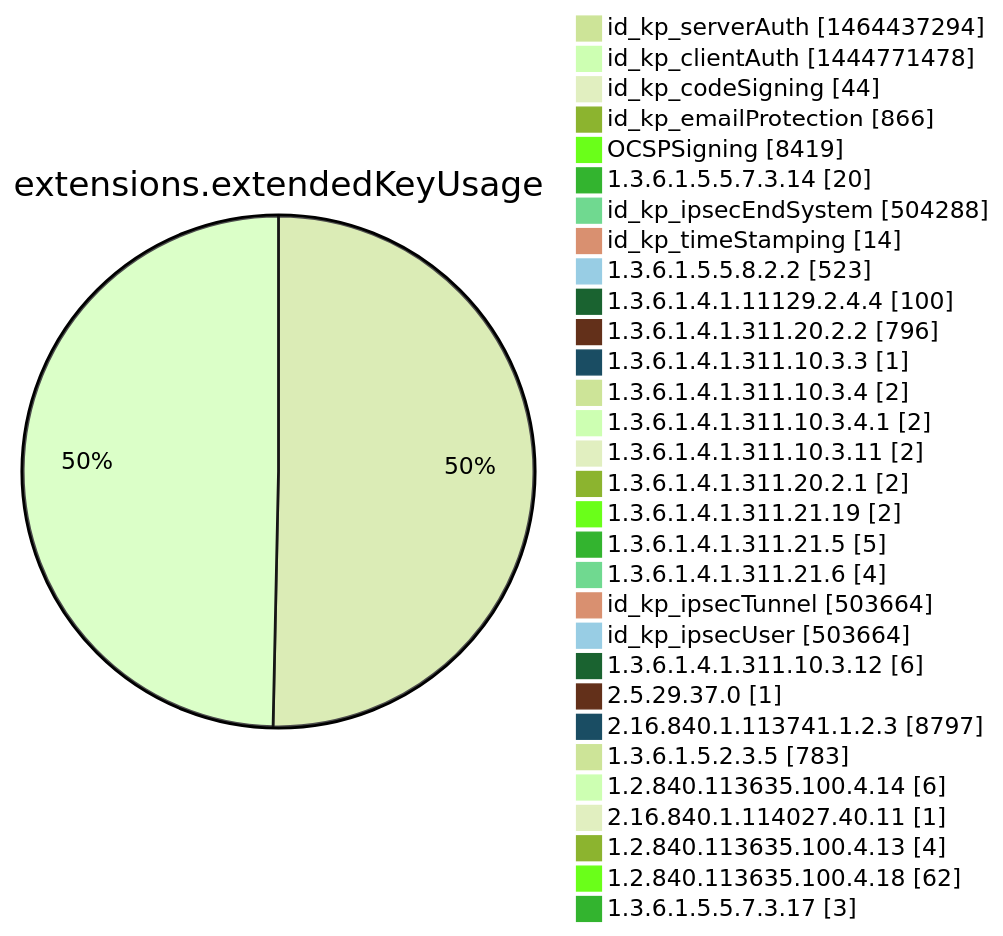
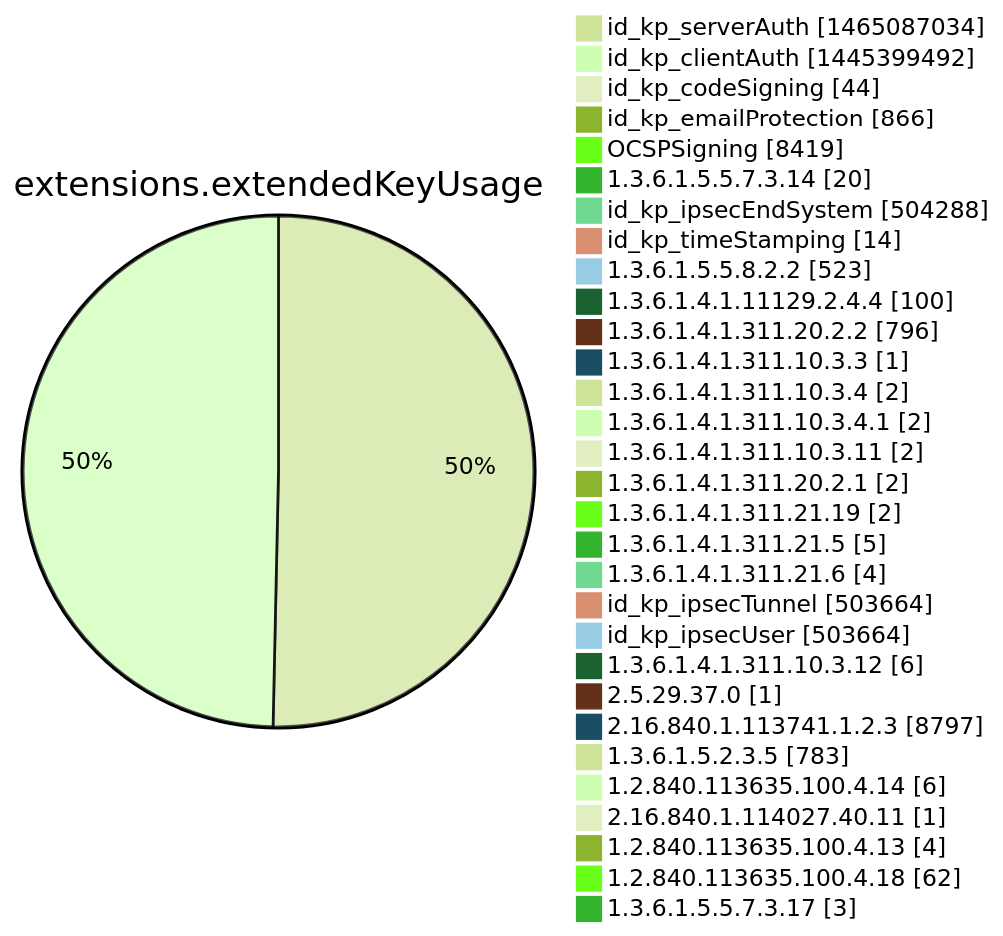
Diagram 12 of 15 in argon2022/README.md (christiankrug/ctmonitor_visualization), drawn with Mermaid (forest theme) before and after one commit. The commit also changed other lines of this file, not shown here.

````diff
--- a/argon2022/README.md
+++ b/argon2022/README.md
@@ -3555,34 +3555,34 @@
 ```mermaid
 pie showData
 title extensions.extendedKeyUsage
-"id_kp_serverAuth" :1464437294
-"id_kp_clientAuth" :1444771478
+"id_kp_serverAuth" :1465087034
+"id_kp_clientAuth" :1445399492
 "id_kp_codeSigning" :44
 "id_kp_emailProtection" :866
 "OCSPSigning" :8419
 "1.3.6.1.5.5.7.3.14" :20
 "id_kp_ipsecEndSystem" :504288
 "id_kp_timeStamping" :14
 "1.3.6.1.5.5.8.2.2" :523
 "1.3.6.1.4.1.11129.2.4.4" :100
 "1.3.6.1.4.1.311.20.2.2" :796
 "1.3.6.1.4.1.311.10.3.3" :1
 "1.3.6.1.4.1.311.10.3.4" :2
 "1.3.6.1.4.1.311.10.3.4.1" :2
 "1.3.6.1.4.1.311.10.3.11" :2
 "1.3.6.1.4.1.311.20.2.1" :2
 "1.3.6.1.4.1.311.21.19" :2
 "1.3.6.1.4.1.311.21.5" :5
 "1.3.6.1.4.1.311.21.6" :4
 "id_kp_ipsecTunnel" :503664
 "id_kp_ipsecUser" :503664
 "1.3.6.1.4.1.311.10.3.12" :6
 "2.5.29.37.0" :1
 "2.16.840.1.113741.1.2.3" :8797
 "1.3.6.1.5.2.3.5" :783
 "1.2.840.113635.100.4.14" :6
 "2.16.840.1.114027.40.11" :1
 "1.2.840.113635.100.4.13" :4
 "1.2.840.113635.100.4.18" :62
 "1.3.6.1.5.5.7.3.17" :3
 ```
````
